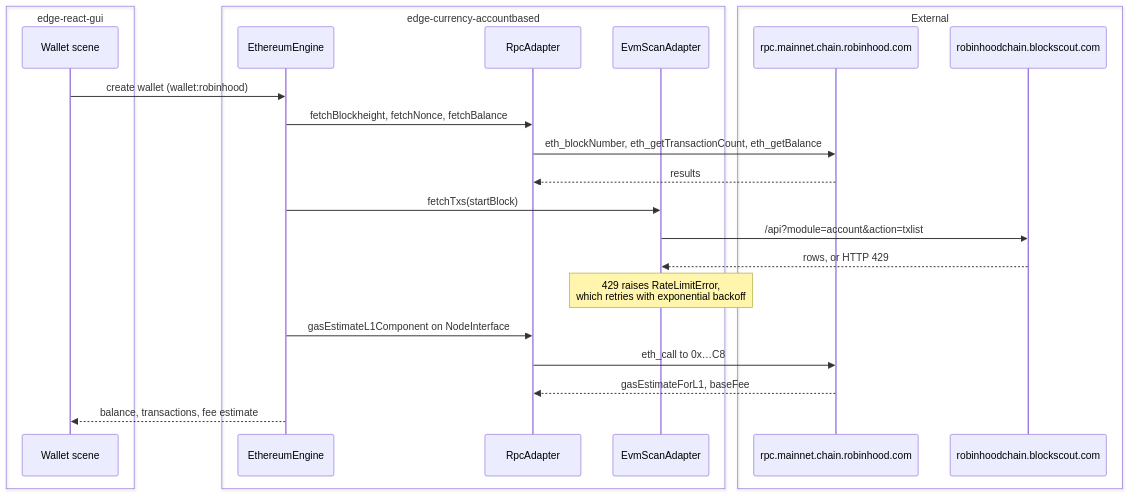
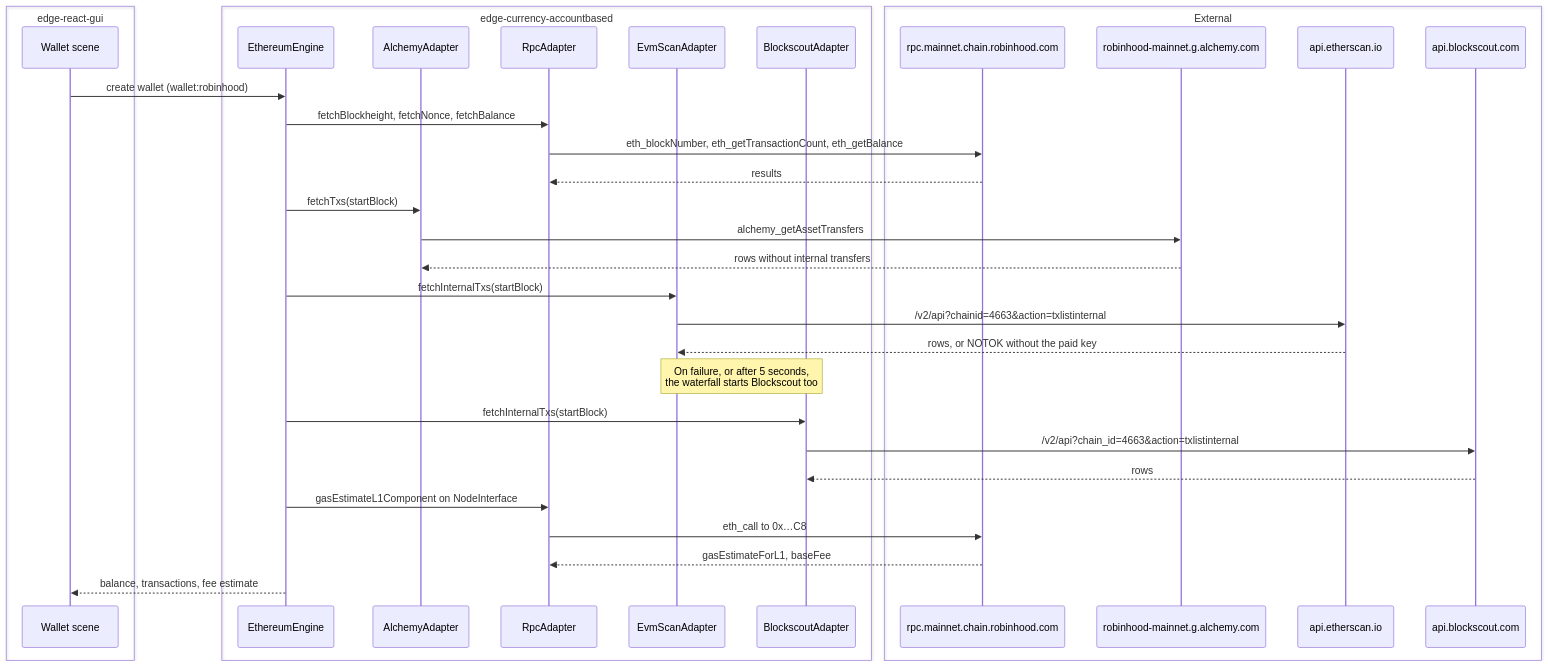
The diagram in src/docs/robinhood-chain.md (EdgeApp/edge-currency-accountbased), drawn with Mermaid before and after one commit. The commit also changed other lines of this file and 2 other files, not shown here.

First line of the commit message:
Add Etherscan to Robinhood Chain

````diff
--- a/src/docs/robinhood-chain.md
+++ b/src/docs/robinhood-chain.md
@@ -78,28 +78,38 @@
 ```mermaid
 sequenceDiagram
   box edge-react-gui
     participant App as Wallet scene
   end
   box edge-currency-accountbased
     participant Engine as EthereumEngine
+    participant AlchemyNode as AlchemyAdapter
     participant RpcNode as RpcAdapter
     participant ScanNode as EvmScanAdapter
+    participant ScoutNode as BlockscoutAdapter
   end
   box External
     participant Chain as rpc.mainnet.chain.robinhood.com
-    participant Scout as robinhoodchain.blockscout.com
+    participant AlchemyApi as robinhood-mainnet.g.alchemy.com
+    participant Scan as api.etherscan.io
+    participant Scout as api.blockscout.com
   end
 
   App->>Engine: create wallet (wallet:robinhood)
   Engine->>RpcNode: fetchBlockheight, fetchNonce, fetchBalance
   RpcNode->>Chain: eth_blockNumber, eth_getTransactionCount, eth_getBalance
   Chain-->>RpcNode: results
-  Engine->>ScanNode: fetchTxs(startBlock)
-  ScanNode->>Scout: /api?module=account&action=txlist
-  Scout-->>ScanNode: rows, or HTTP 429
-  Note over ScanNode: 429 raises RateLimitError,<br/>which retries with exponential backoff
+  Engine->>AlchemyNode: fetchTxs(startBlock)
+  AlchemyNode->>AlchemyApi: alchemy_getAssetTransfers
+  AlchemyApi-->>AlchemyNode: rows without internal transfers
+  Engine->>ScanNode: fetchInternalTxs(startBlock)
+  ScanNode->>Scan: /v2/api?chainid=4663&action=txlistinternal
+  Scan-->>ScanNode: rows, or NOTOK without the paid key
+  Note over ScanNode,ScoutNode: On failure, or after 5 seconds,<br/>the waterfall starts Blockscout too
+  Engine->>ScoutNode: fetchInternalTxs(startBlock)
+  ScoutNode->>Scout: /v2/api?chain_id=4663&action=txlistinternal
+  Scout-->>ScoutNode: rows
   Engine->>RpcNode: gasEstimateL1Component on NodeInterface
   RpcNode->>Chain: eth_call to 0x…C8
   Chain-->>RpcNode: gasEstimateForL1, baseFee
   Engine-->>App: balance, transactions, fee estimate
 ```
````
